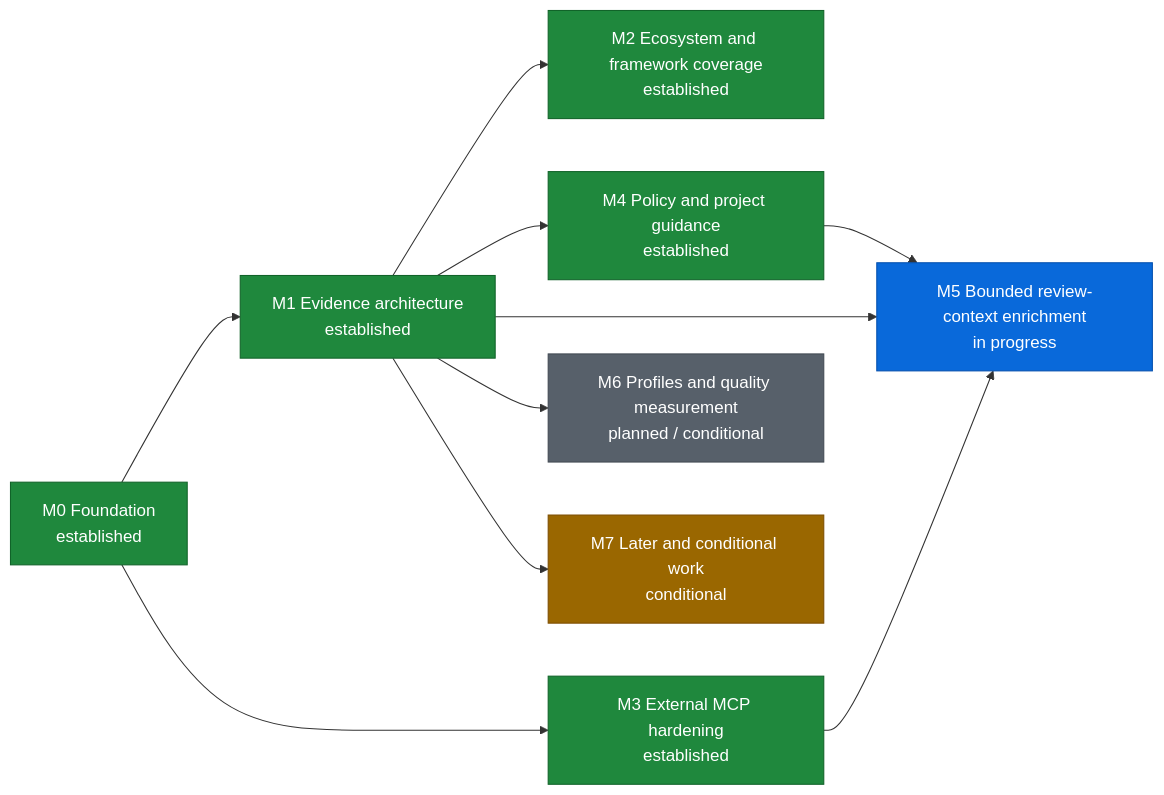
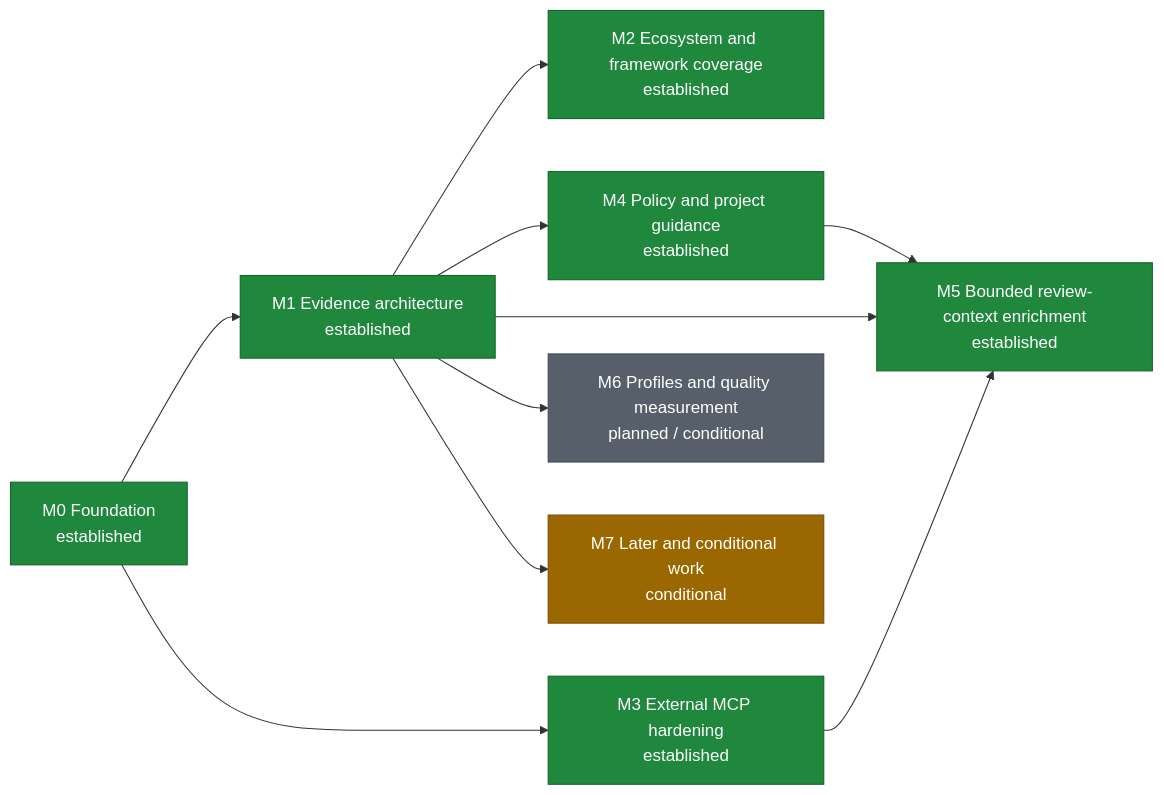
Before and after one commit to xeonvs/open-code-review-toolkit: the diagram in ROADMAP.md, drawn with Mermaid. The commit also changed other lines of this file and 22 other files, not shown here.

````diff
--- a/ROADMAP.md
+++ b/ROADMAP.md
@@ -8,22 +8,21 @@
 ```mermaid
 flowchart LR
     M0["M0 Foundation<br/>established"] --> M1["M1 Evidence architecture<br/>established"]
     M0 --> M3["M3 External MCP hardening<br/>established"]
     M1 --> M2["M2 Ecosystem and framework coverage<br/>established"]
     M1 --> M4["M4 Policy and project guidance<br/>established"]
-    M1 --> M5["M5 Bounded review-context enrichment<br/>in progress"]
+    M1 --> M5["M5 Bounded review-context enrichment<br/>established"]
     M3 --> M5
     M4 --> M5
     M1 --> M6["M6 Profiles and quality measurement<br/>planned / conditional"]
     M1 --> M7["M7 Later and conditional work<br/>conditional"]
 
     classDef established fill:#1f883d,stroke:#116329,color:#ffffff
     classDef next fill:#0969da,stroke:#0550ae,color:#ffffff
     classDef planned fill:#57606a,stroke:#424a53,color:#ffffff
     classDef conditional fill:#9a6700,stroke:#7d4e00,color:#ffffff
 
-    class M0,M1,M2,M3,M4 established
-    class M5 next
+    class M0,M1,M2,M3,M4,M5 established
     class M6 planned
     class M7 conditional
 ```
````
